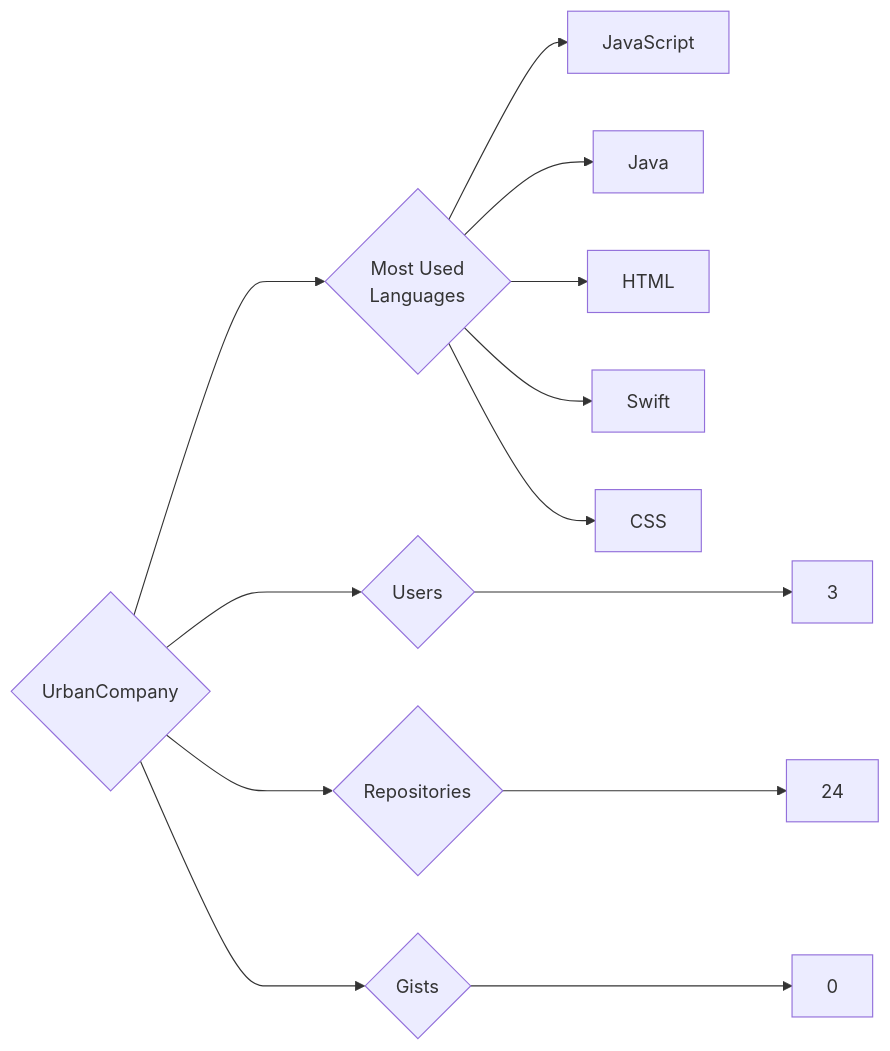
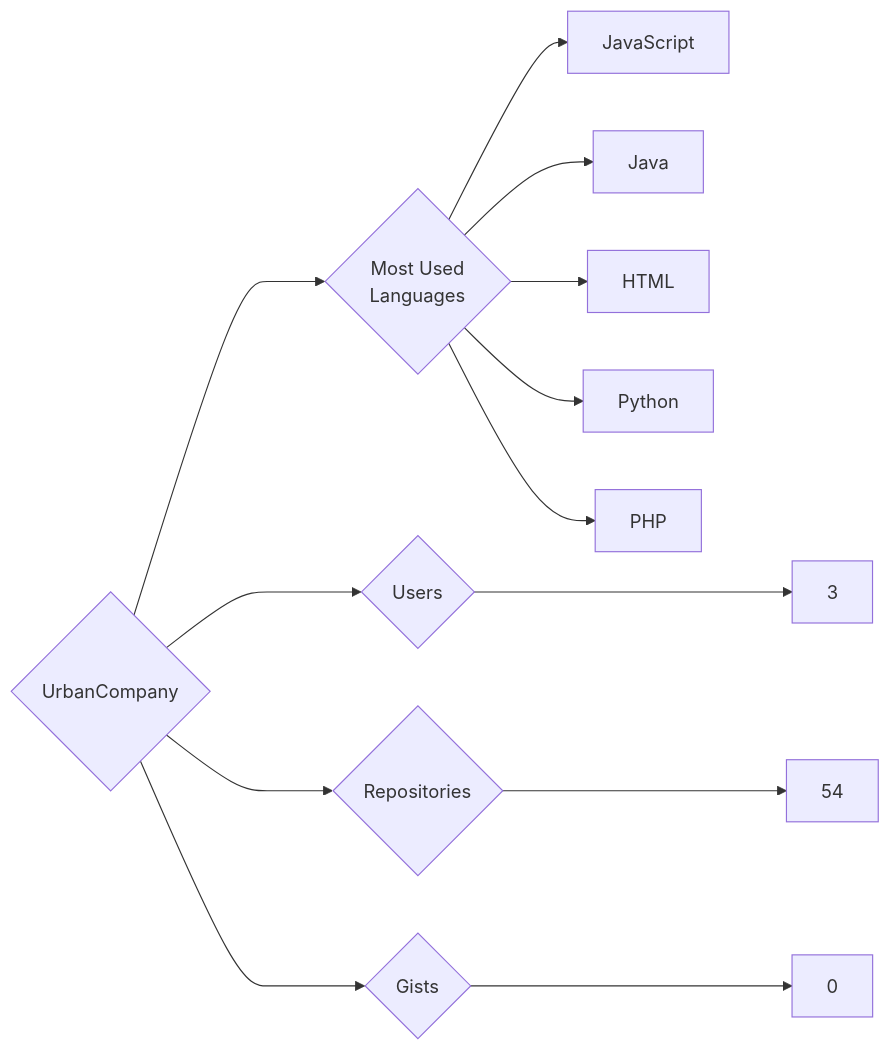
Before and after one commit to trickest/insiders: the diagram in targets/UrbanCompany/README.md, drawn with Mermaid. The commit also changed 715 other files, not shown here.

````diff
--- a/targets/UrbanCompany/README.md
+++ b/targets/UrbanCompany/README.md
@@ -3,13 +3,13 @@
 ```mermaid
 graph LR
 COMPANY_NAME{UrbanCompany}
 COMPANY_NAME ---> U{Users} ---> UN[3]
-COMPANY_NAME ---> R{Repositories} ---> RN[24]
+COMPANY_NAME ---> R{Repositories} ---> RN[54]
 COMPANY_NAME ---> G{Gists} ---> GN[0]
 COMPANY_NAME ---> ML{Most Used<br>Languages}
 ML --> JavaScript[JavaScript]
 ML --> Java[Java]
 ML --> HTML[HTML]
-ML --> Swift[Swift]
-ML --> CSS[CSS]
+ML --> Python[Python]
+ML --> PHP[PHP]
 ```
````
